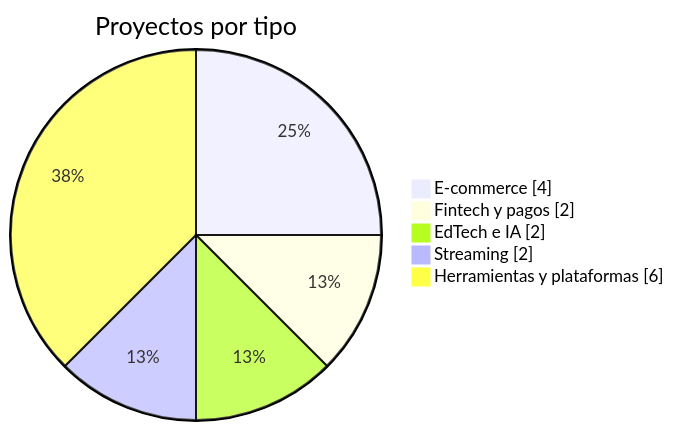
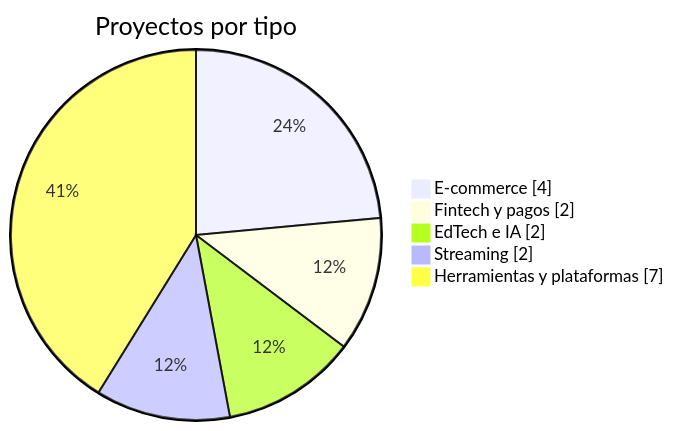
Before and after one commit to AndreyRivera13/AndreyRivera13: the second of 2 diagrams in README.md, drawn with Mermaid. The commit also changed other lines of this file, not shown here.

````diff
--- a/README.md
+++ b/README.md
@@ -195,9 +195,9 @@
 ```mermaid
 pie showData
     title Proyectos por tipo
     "E-commerce" : 4
     "Fintech y pagos" : 2
     "EdTech e IA" : 2
     "Streaming" : 2
-    "Herramientas y plataformas" : 6
+    "Herramientas y plataformas" : 7
 ```
````
